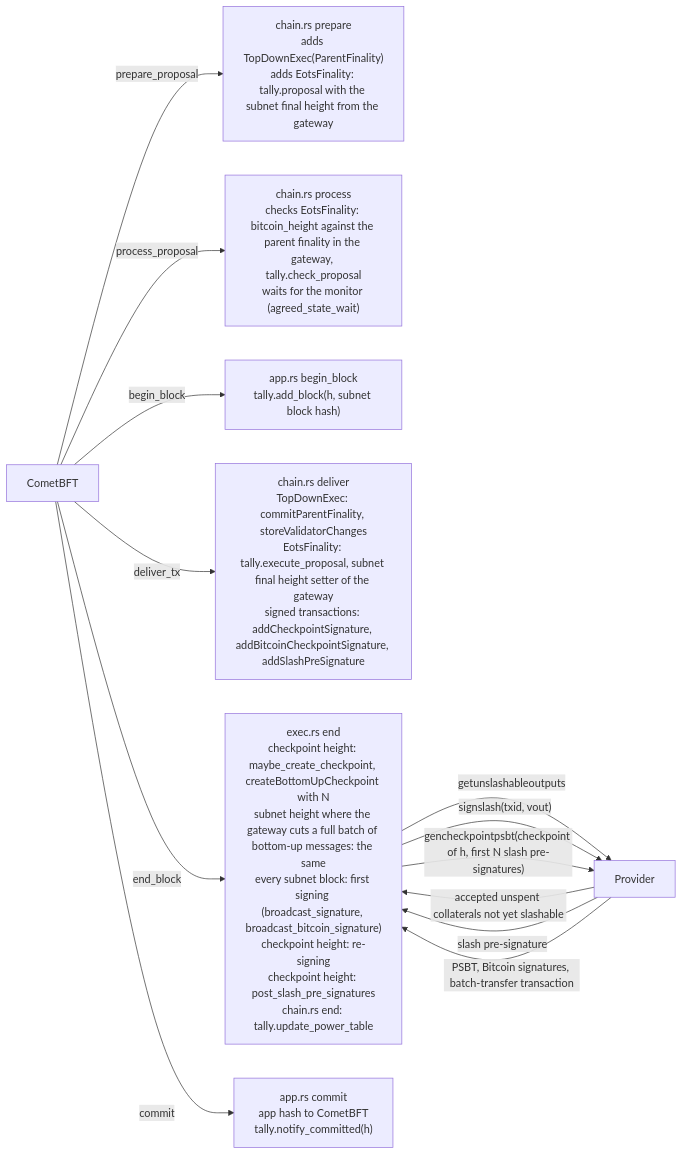
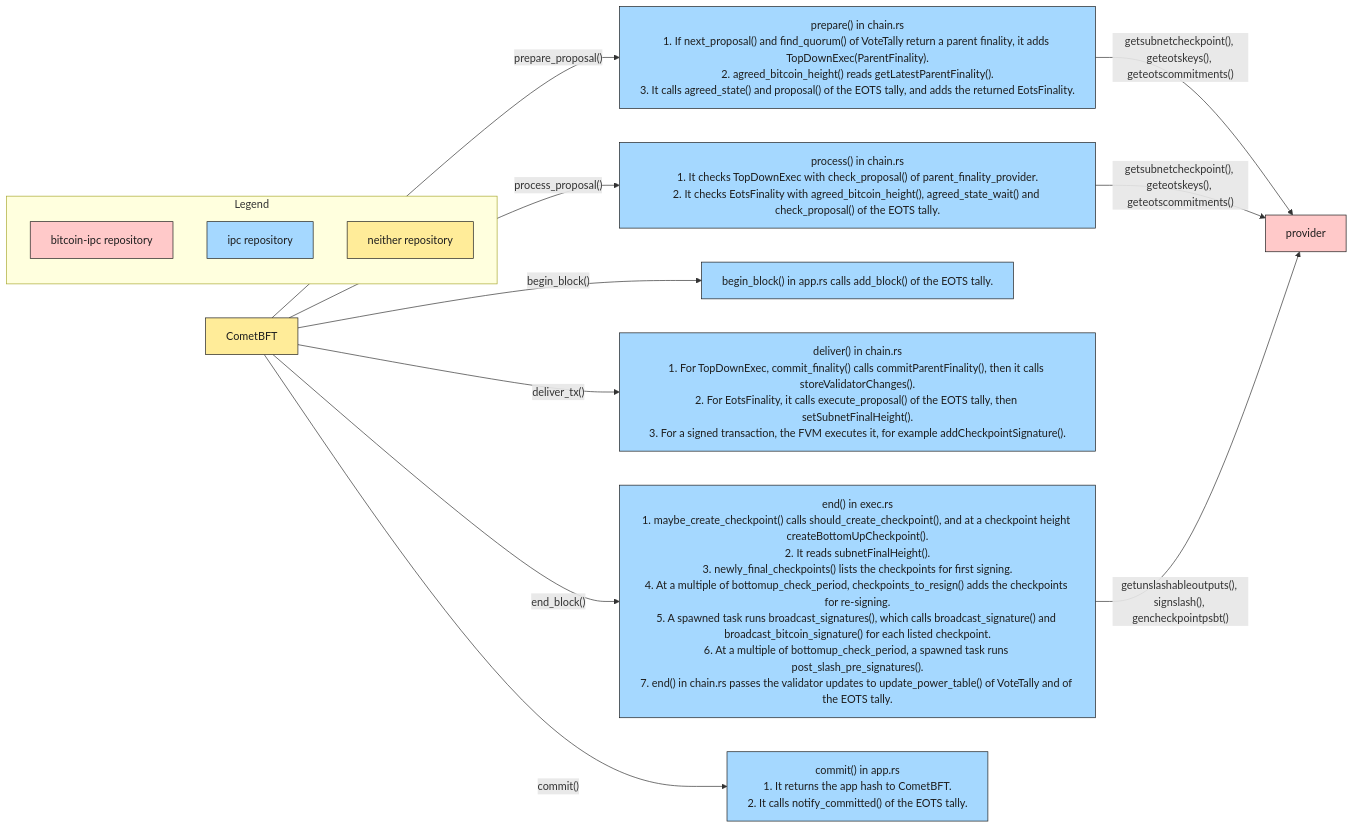
One commit to bitcoinscalinglabs/bitcoin-ipc changed the second of 3 diagrams in docs/architecture/finality-and-checkpoints.md. Above: the diagram before and after it, drawn with Mermaid. The commit also changed other lines of this file and 96 other files, not shown here.

Commit message:
Clean up the pull request: Rust test layout, agreed monitor checks, shorter comments and shared devnet scripts

````diff
--- a/docs/architecture/finality-and-checkpoints.md
+++ b/docs/architecture/finality-and-checkpoints.md
@@ -59,24 +79,35 @@
 ```mermaid
+%%{init: {"flowchart": {"wrappingWidth": 640}}}%%
 flowchart LR
-  CMT[CometBFT]
-  PP["chain.rs prepare<br/>adds TopDownExec(ParentFinality)<br/>adds EotsFinality: tally.proposal with the subnet final height from the gateway"]
-  PR["chain.rs process<br/>checks EotsFinality: bitcoin_height against the parent finality in the gateway, tally.check_proposal<br/>waits for the monitor (agreed_state_wait)"]
-  BB["app.rs begin_block<br/>tally.add_block(h, subnet block hash)"]
-  DT["chain.rs deliver<br/>TopDownExec: commitParentFinality, storeValidatorChanges<br/>EotsFinality: tally.execute_proposal, subnet final height setter of the gateway<br/>signed transactions: addCheckpointSignature, addBitcoinCheckpointSignature, addSlashPreSignature"]
-  EB["exec.rs end<br/>checkpoint height: maybe_create_checkpoint, createBottomUpCheckpoint with N<br/>subnet height where the gateway cuts a full batch of bottom-up messages: the same<br/>every subnet block: first signing (broadcast_signature, broadcast_bitcoin_signature)<br/>checkpoint height: re-signing<br/>checkpoint height: post_slash_pre_signatures<br/>chain.rs end: tally.update_power_table"]
-  CO["app.rs commit<br/>app hash to CometBFT<br/>tally.notify_committed(h)"]
-  PRV[Provider]
+  CMT["CometBFT"]
+  PP["prepare() in chain.rs<br/>1. If next_proposal() and find_quorum() of VoteTally return a parent finality, it adds TopDownExec(ParentFinality).<br/>2. agreed_bitcoin_height() reads getLatestParentFinality().<br/>3. It calls agreed_state() and proposal() of the EOTS tally, and adds the returned EotsFinality."]
+  PR["process() in chain.rs<br/>1. It checks TopDownExec with check_proposal() of parent_finality_provider.<br/>2. It checks EotsFinality with agreed_bitcoin_height(), agreed_state_wait() and check_proposal() of the EOTS tally."]
+  BB["begin_block() in app.rs calls add_block() of the EOTS tally."]
+  DT["deliver() in chain.rs<br/>1. For TopDownExec, commit_finality() calls commitParentFinality(), then it calls storeValidatorChanges().<br/>2. For EotsFinality, it calls execute_proposal() of the EOTS tally, then setSubnetFinalHeight().<br/>3. For a signed transaction, the FVM executes it, for example addCheckpointSignature()."]
+  EB["end() in exec.rs<br/>1. maybe_create_checkpoint() calls should_create_checkpoint(), and at a checkpoint height createBottomUpCheckpoint().<br/>2. It reads subnetFinalHeight().<br/>3. newly_final_checkpoints() lists the checkpoints for first signing.<br/>4. At a multiple of bottomup_check_period, checkpoints_to_resign() adds the checkpoints for re-signing.<br/>5. A spawned task runs broadcast_signatures(), which calls broadcast_signature() and broadcast_bitcoin_signature() for each listed checkpoint.<br/>6. At a multiple of bottomup_check_period, a spawned task runs post_slash_pre_signatures().<br/>7. end() in chain.rs passes the validator updates to update_power_table() of VoteTally and of the EOTS tally."]
+  CO["commit() in app.rs<br/>1. It returns the app hash to CometBFT.<br/>2. It calls notify_committed() of the EOTS tally."]
+  PRV["provider"]
 
-  CMT -->|"prepare_proposal"| PP
-  CMT -->|"process_proposal"| PR
-  CMT -->|"begin_block"| BB
-  CMT -->|"deliver_tx"| DT
-  CMT -->|"end_block"| EB
-  CMT -->|"commit"| CO
-  EB -->|"getunslashableoutputs"| PRV
-  PRV -->|"accepted unspent collaterals not yet slashable"| EB
-  EB -->|"signslash(txid, vout)"| PRV
-  PRV -->|"slash pre-signature"| EB
-  EB -->|"gencheckpointpsbt(checkpoint of h, first N slash pre-signatures)"| PRV
-  PRV -->|"PSBT, Bitcoin signatures, batch-transfer transaction"| EB
+  CMT -->|"prepare_proposal()"| PP
+  CMT -->|"process_proposal()"| PR
+  CMT -->|"begin_block()"| BB
+  CMT -->|"deliver_tx()"| DT
+  CMT -->|"end_block()"| EB
+  CMT -->|"commit()"| CO
+  PP -->|"getsubnetcheckpoint(), geteotskeys(), geteotscommitments()"| PRV
+  PR -->|"getsubnetcheckpoint(), geteotskeys(), geteotscommitments()"| PRV
+  EB -->|"getunslashableoutputs(), signslash(), gencheckpointpsbt()"| PRV
+
+  subgraph Legend
+    LB["bitcoin-ipc repository"]
+    LI["ipc repository"]
+    LX["neither repository"]
+  end
+
+  classDef bitcoinipc fill:#ffc9c9,stroke:#1e1e1e,color:#1e1e1e
+  classDef ipc fill:#a5d8ff,stroke:#1e1e1e,color:#1e1e1e
+  classDef external fill:#ffec99,stroke:#1e1e1e,color:#1e1e1e
+  class PRV,LB bitcoinipc
+  class PP,PR,BB,DT,EB,CO,LI ipc
+  class CMT,LX external
 ```
````
